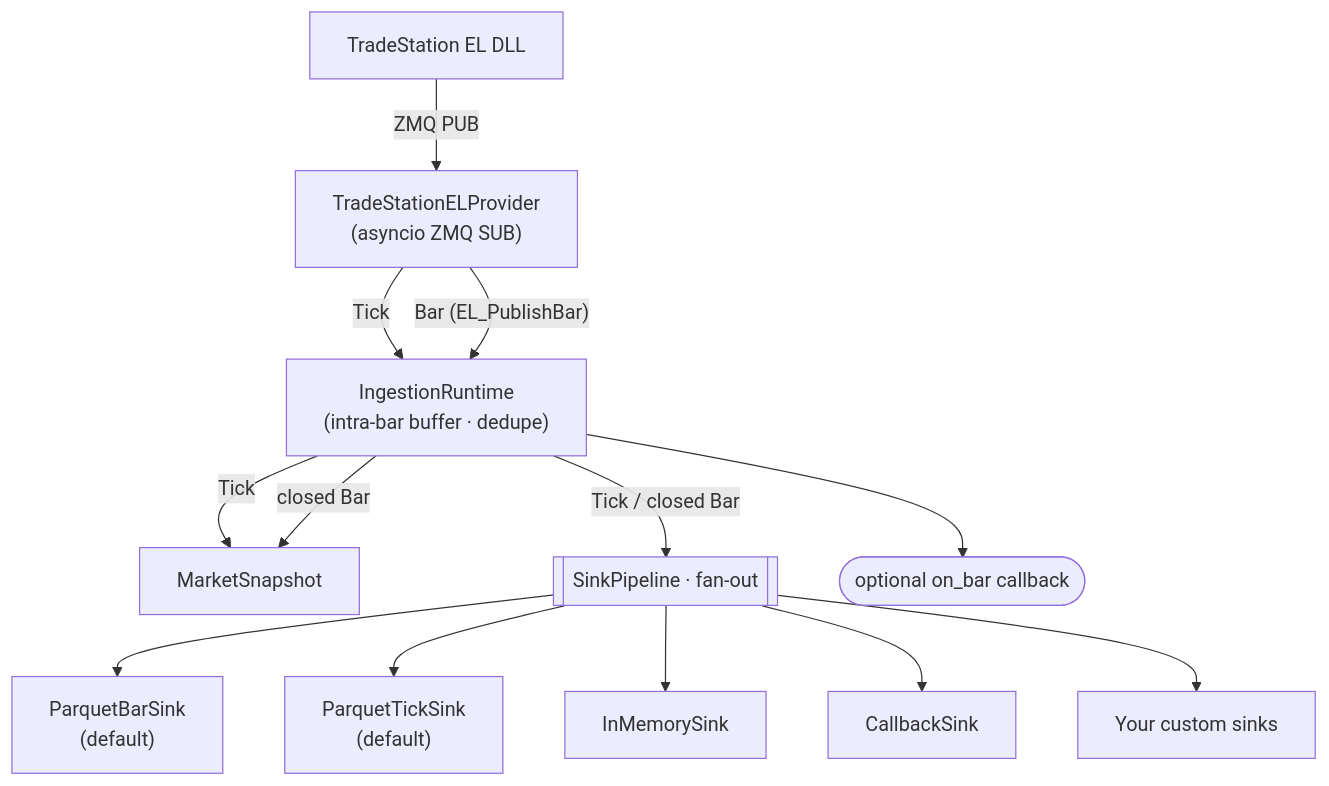
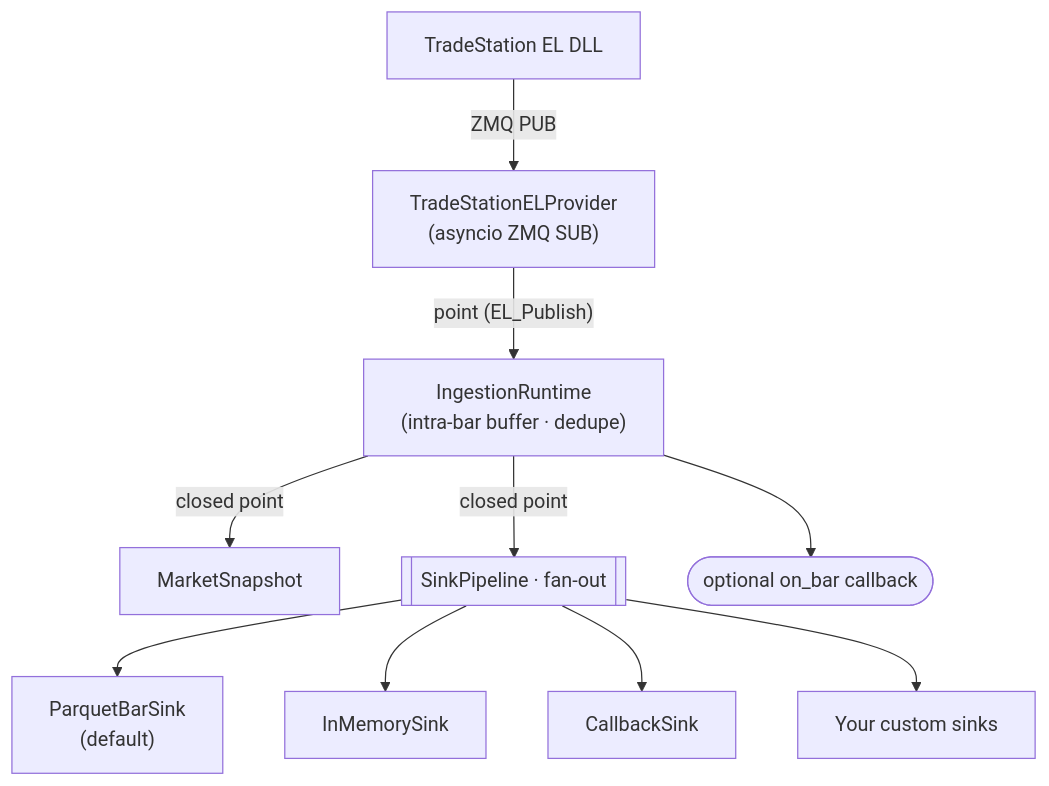
Before and after one commit to millerlai/tradestation-data-provider: the diagram in bindings/python/README.md, drawn with Mermaid. The commit also changed other lines of this file and 79 other files, not shown here.

````diff
--- a/bindings/python/README.md
+++ b/bindings/python/README.md
@@ -32,28 +32,24 @@
 ```mermaid
 flowchart TD
     DLL["TradeStation EL DLL"]
     Provider["TradeStationELProvider<br/>(asyncio ZMQ SUB)"]
     Runtime["IngestionRuntime<br/>(intra-bar buffer · dedupe)"]
     Snapshot["MarketSnapshot"]
     Pipeline[["SinkPipeline · fan-out"]]
     OnBar(["optional on_bar callback"])
 
     PBar["ParquetBarSink<br/>(default)"]
-    PTick["ParquetTickSink<br/>(default)"]
     Memory["InMemorySink"]
     Callback["CallbackSink"]
     Custom["Your custom sinks"]
 
     DLL -- "ZMQ PUB" --> Provider
-    Provider -- "Tick" --> Runtime
-    Provider -- "Bar (EL_PublishBar)" --> Runtime
-    Runtime -- "Tick" --> Snapshot
-    Runtime -- "closed Bar" --> Snapshot
-    Runtime -- "Tick / closed Bar" --> Pipeline
+    Provider -- "point (EL_Publish)" --> Runtime
+    Runtime -- "closed point" --> Snapshot
+    Runtime -- "closed point" --> Pipeline
     Runtime --> OnBar
     Pipeline --> PBar
-    Pipeline --> PTick
     Pipeline --> Memory
     Pipeline --> Callback
     Pipeline --> Custom
 ```
````
